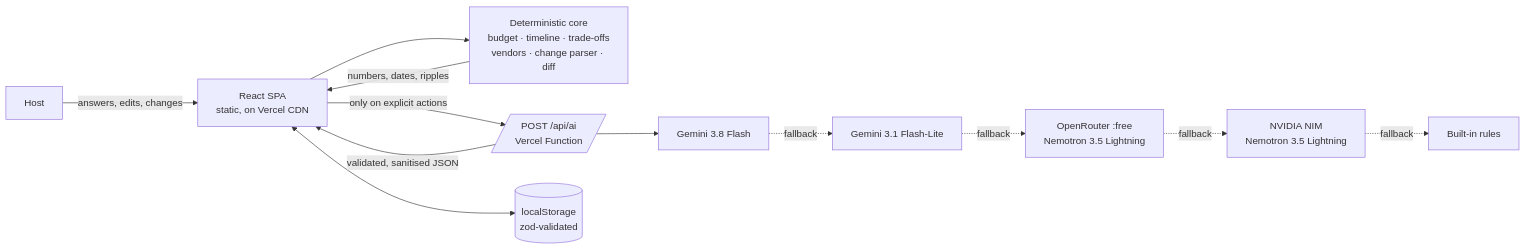
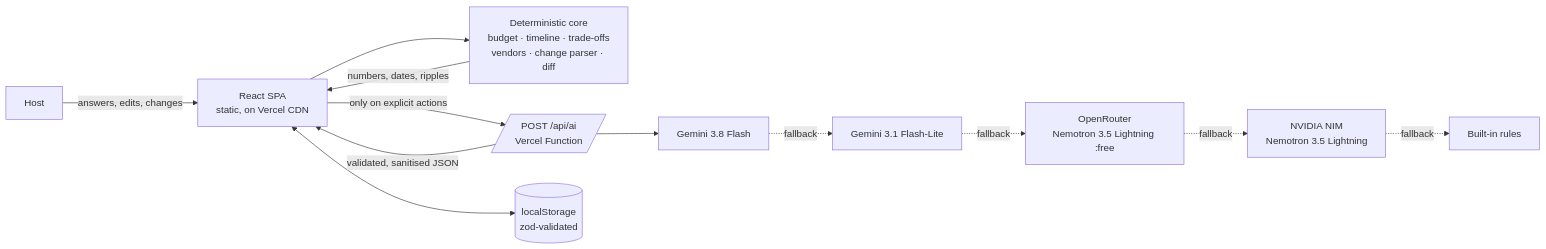
The diagram in README.md (arsinghin/lehar), drawn with Mermaid before and after one commit. The commit also changed other lines of this file, not shown here.

````diff
--- a/README.md
+++ b/README.md
@@ -63,10 +137,10 @@
 ```mermaid
 flowchart LR
   U[Host] -->|answers, edits, changes| UI[React SPA<br/>static, on Vercel CDN]
   UI --> CORE[Deterministic core<br/>budget · timeline · trade-offs<br/>vendors · change parser · diff]
   CORE -->|numbers, dates, ripples| UI
   UI -->|only on explicit actions| API[/POST /api/ai<br/>Vercel Function/]
-  API --> G1[Gemini 3.8 Flash] -.fallback.-> G2[Gemini 3.1 Flash-Lite] -.fallback.-> OR[OpenRouter :free<br/>Nemotron 3.5 Lightning] -.fallback.-> NV[NVIDIA NIM<br/>Nemotron 3.5 Lightning] -.fallback.-> R[Built-in rules]
+  API --> G1[Gemini 3.8 Flash] -.fallback.-> G2[Gemini 3.1 Flash-Lite] -.fallback.-> OR[OpenRouter<br/>Nemotron 3.5 Lightning :free] -.fallback.-> NV[NVIDIA NIM<br/>Nemotron 3.5 Lightning] -.fallback.-> R[Built-in rules]
   API -->|validated, sanitised JSON| UI
   UI <--> LS[(localStorage<br/>zod-validated)]
 ```
````
